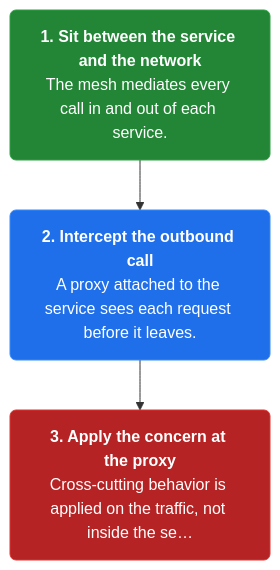
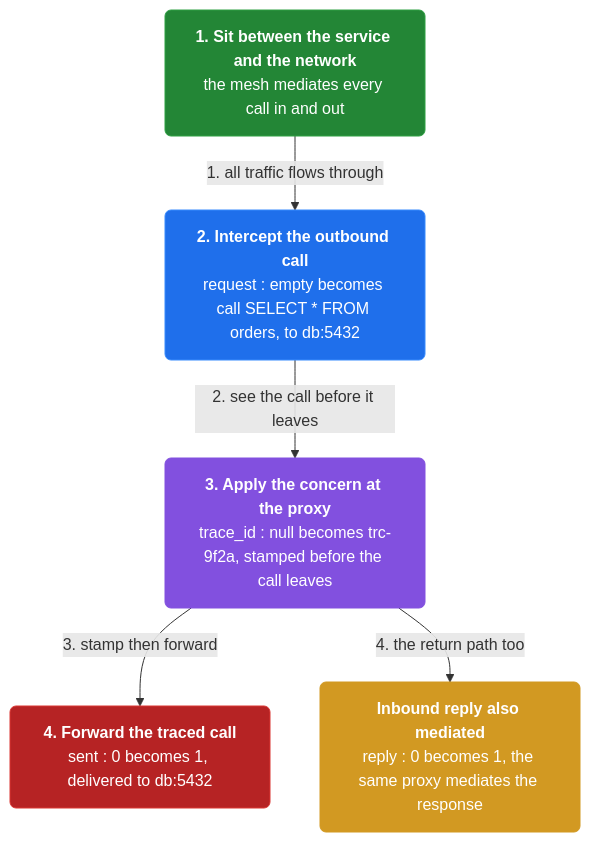
One commit to vinayakuber/microservices-io-study-guide changed the first of 4 diagrams in docs/ch40-service-mesh.md. Above: the diagram before and after it, drawn with Mermaid. The commit also changed other lines of this file and 46 other files, not shown here.

First line of the commit message:
Author rich branching flow diagrams for all 44 chapters

````diff
--- a/docs/ch40-service-mesh.md
+++ b/docs/ch40-service-mesh.md
@@ -13,11 +13,17 @@
 ```mermaid
 flowchart TD
-  classDef step fill:#1f6feb,color:#ffffff,stroke:#388bfd,stroke-width:1px,rx:6
+  classDef step fill:#1f6feb,color:#ffffff,stroke:#388bfd,rx:6
+  classDef core fill:#8250df,color:#ffffff,stroke:#8250df,rx:6
+  classDef warn fill:#d29922,color:#ffffff,stroke:#d29922,rx:6
   classDef start fill:#238636,color:#ffffff,stroke:#2ea043,rx:6
   classDef stop fill:#b62324,color:#ffffff,stroke:#da3633,rx:6
-  s0n0["<b>1. Sit between the service and the network</b><br/>The mesh mediates every call in and out of each service."]:::start
-  s0n1["<b>2. Intercept the outbound call</b><br/>A proxy attached to the service sees each request before it leaves."]:::step
-  s0n2["<b>3. Apply the concern at the proxy</b><br/>Cross-cutting behavior is applied on the traffic, not inside the se…"]:::stop
-  s0n0 --> s0n1
-  s0n1 --> s0n2
+  n0["<b>1. Sit between the service and the network</b><br/>the mesh mediates every call in and out"]:::start
+  n1["<b>2. Intercept the outbound call</b><br/>request : empty becomes call SELECT * FROM orders, to db:5432"]:::step
+  n2["<b>3. Apply the concern at the proxy</b><br/>trace_id : null becomes trc-9f2a, stamped before the call leaves"]:::core
+  n3["<b>4. Forward the traced call</b><br/>sent : 0 becomes 1, delivered to db:5432"]:::stop
+  n4["<b>Inbound reply also mediated</b><br/>reply : 0 becomes 1, the same proxy mediates the response"]:::warn
+  n0 -->|"1. all traffic flows through"| n1
+  n1 -->|"2. see the call before it leaves"| n2
+  n2 -->|"3. stamp then forward"| n3
+  n2 -->|"4. the return path too"| n4
 ```
````
